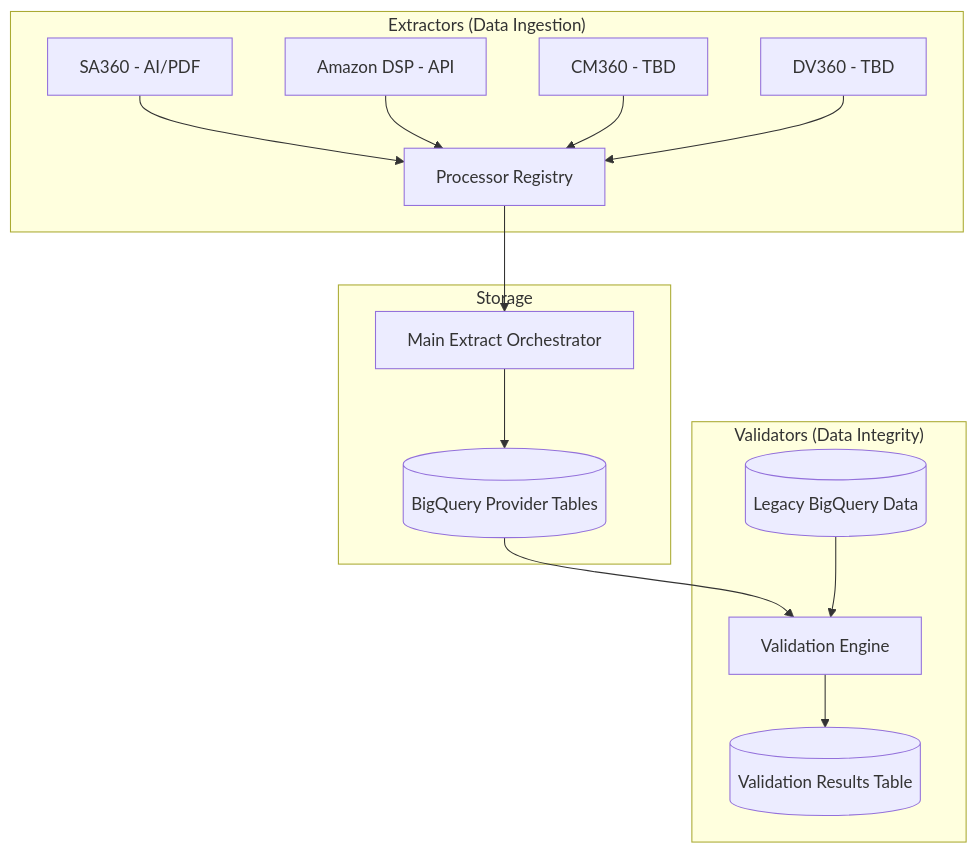
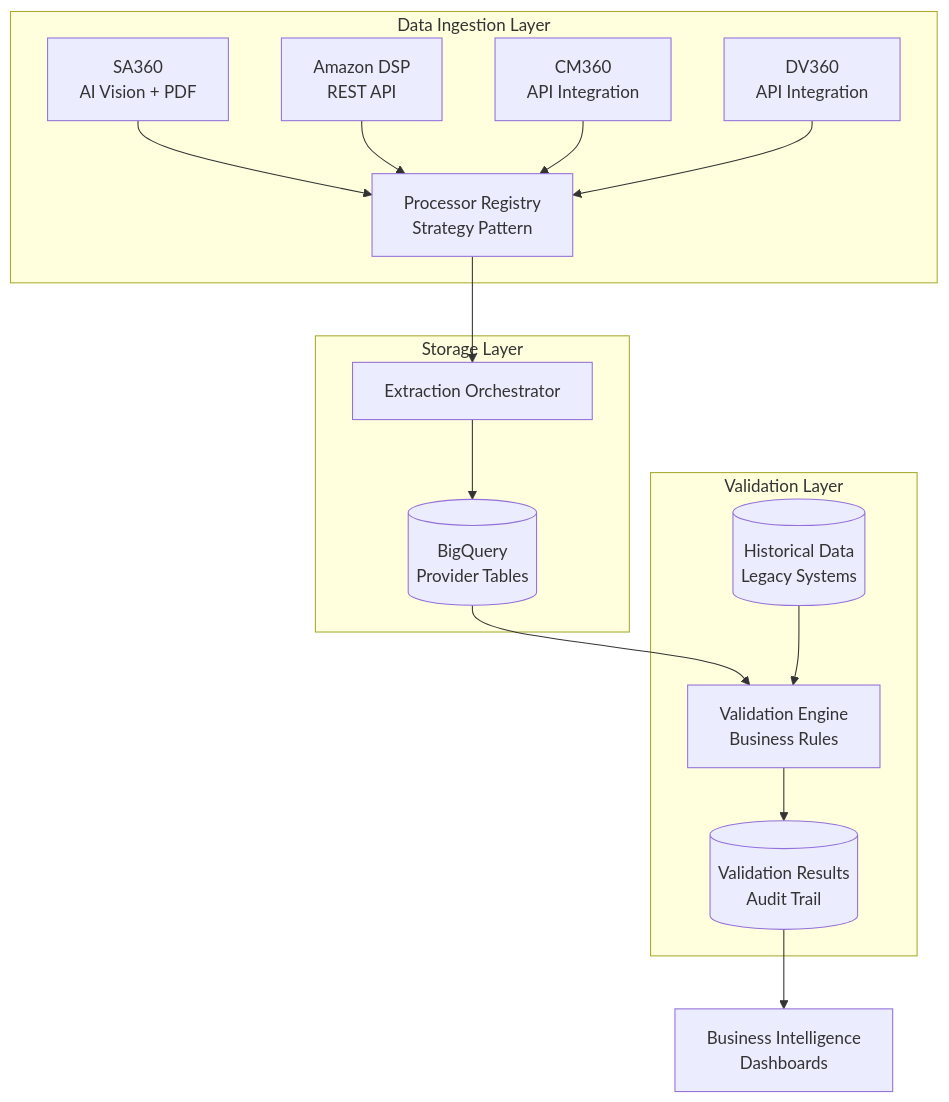
Before and after one commit to leon-vy/invoice-extract: the diagram in README.md, drawn with Mermaid. The commit also changed other lines of this file, not shown here.

````diff
--- a/README.md
+++ b/README.md
@@ -11,21 +39,23 @@
 ```mermaid
 graph TD
-    subgraph "Extractors (Data Ingestion)"
-        SA[SA360 - AI/PDF] --> Registry
-        ADSP[Amazon DSP - API] --> Registry
-        CM[CM360 - TBD] --> Registry
-        DV[DV360 - TBD] --> Registry
+    subgraph "Data Ingestion Layer"
+        SA[SA360<br/>AI Vision + PDF] --> Registry
+        ADSP[Amazon DSP<br/>REST API] --> Registry
+        CM[CM360<br/>API Integration] --> Registry
+        DV[DV360<br/>API Integration] --> Registry
     end
 
-    Registry[Processor Registry] --> Orchestrator[Main Extract Orchestrator]
+    Registry[Processor Registry<br/>Strategy Pattern] --> Orchestrator[Extraction Orchestrator]
     
-    subgraph "Storage"
-        Orchestrator --> BQ[(BigQuery Provider Tables)]
+    subgraph "Storage Layer"
+        Orchestrator --> BQ[(BigQuery<br/>Provider Tables)]
     end
 
-    subgraph "Validators (Data Integrity)"
-        BQ --> Val[Validation Engine]
-        Legacy[(Legacy BigQuery Data)] --> Val
-        Val --> Report[(Validation Results Table)]
+    subgraph "Validation Layer"
+        BQ --> Validator[Validation Engine<br/>Business Rules]
+        Legacy[(Historical Data<br/>Legacy Systems)] --> Validator
+        Validator --> Results[(Validation Results<br/>Audit Trail)]
     end
+    
+    Results --> Analytics[Business Intelligence<br/>Dashboards]
 ```
````
